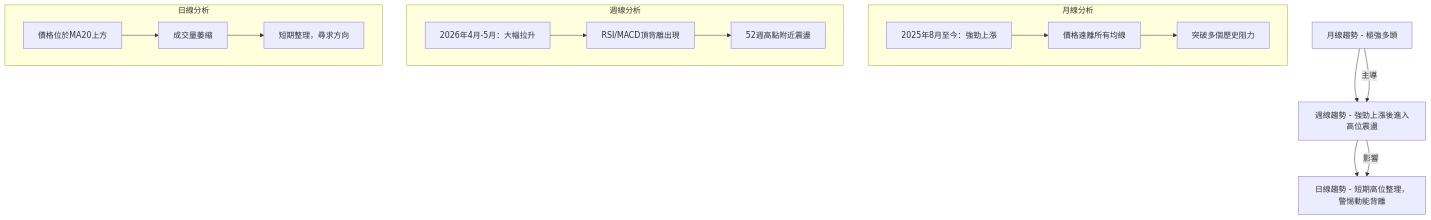
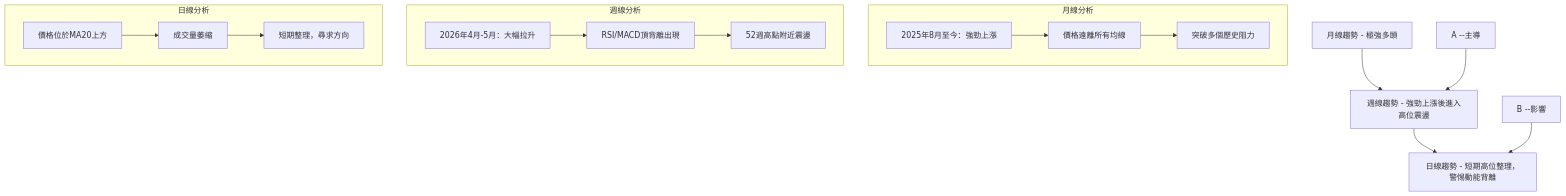
The second of 13 diagrams in ai_gen_report/stock/intc/technical_analysis_2026-06-30_gemini.md (yennanliu/finance_data), drawn with Mermaid before and after one commit. The commit also changed other lines of this file and 2258 other files, not shown here.

First line of the commit message:
chore: backfill Mermaid syntax repair across existing reports

````diff
--- a/ai_gen_report/stock/intc/technical_analysis_2026-06-30_gemini.md
+++ b/ai_gen_report/stock/intc/technical_analysis_2026-06-30_gemini.md
@@ -135,23 +135,23 @@
 ```mermaid
 graph TD
-    A[月線趨勢 - 極強多頭] --> B[週線趨勢 - 強勁上漲後進入高位震盪]
-    B --> C[日線趨勢 - 短期高位整理，警惕動能背離]
+    A["月線趨勢 - 極強多頭"] --> B["週線趨勢 - 強勁上漲後進入高位震盪"]
+    B --> C["日線趨勢 - 短期高位整理，警惕動能背離"]
 
     subgraph 月線分析
-        M1[2025年8月至今：強勁上漲] --> M2[價格遠離所有均線]
-        M2 --> M3[突破多個歷史阻力]
+        M1["2025年8月至今：強勁上漲"] --> M2["價格遠離所有均線"]
+        M2 --> M3["突破多個歷史阻力"]
     end
 
     subgraph 週線分析
-        W1[2026年4月-5月：大幅拉升] --> W2[RSI/MACD頂背離出現]
-        W2 --> W3[52週高點附近震盪]
+        W1["2026年4月-5月：大幅拉升"] --> W2["RSI/MACD頂背離出現"]
+        W2 --> W3["52週高點附近震盪"]
     end
 
     subgraph 日線分析
-        D1[價格位於MA20上方] --> D2[成交量萎縮]
-        D2 --> D3[短期整理，尋求方向]
+        D1["價格位於MA20上方"] --> D2["成交量萎縮"]
+        D2 --> D3["短期整理，尋求方向"]
     end
 
-    A --主導--> B
-    B --影響--> C
+    nb1["A --主導"] --> B
+    nb2["B --影響"] --> C
 ```
````
